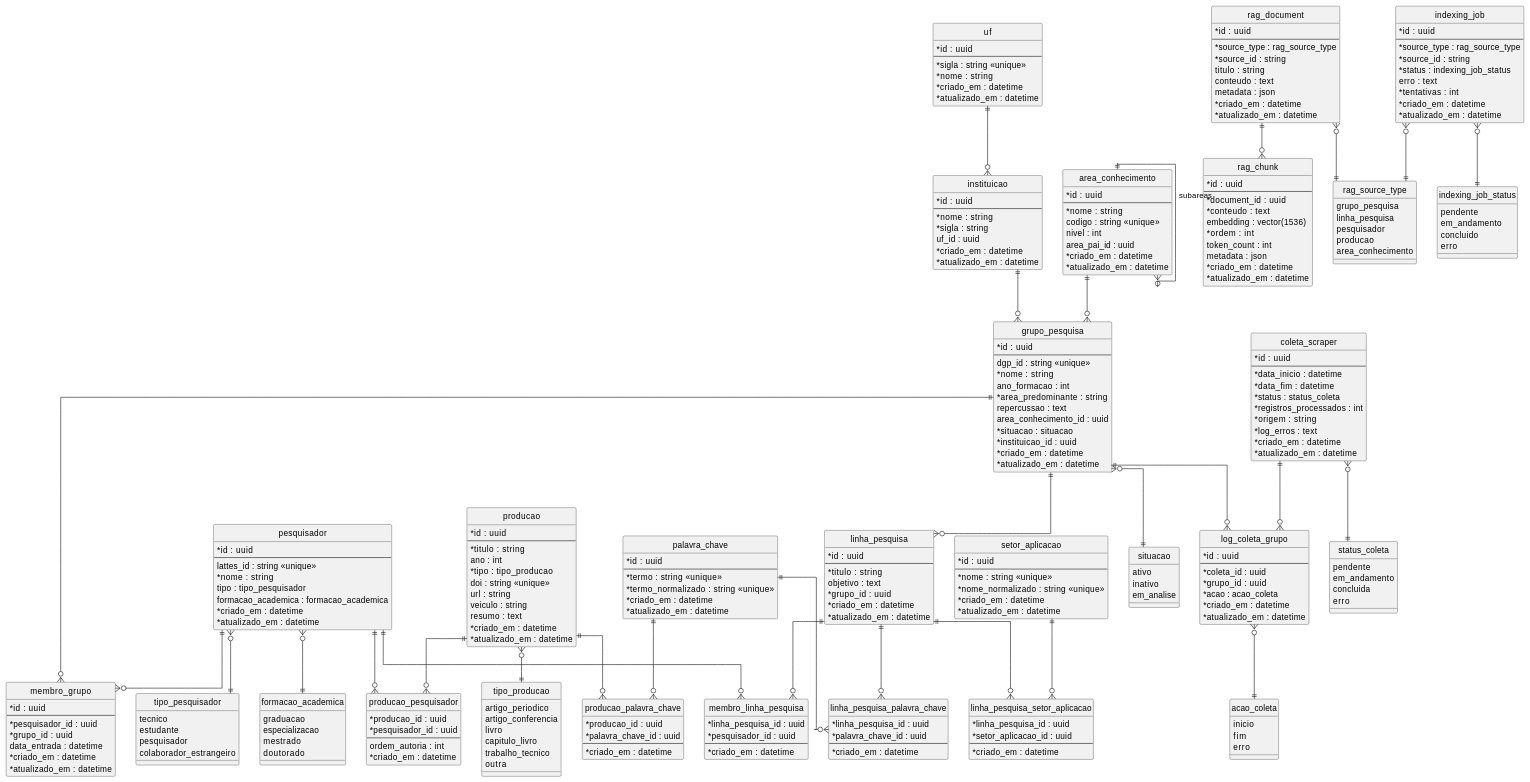
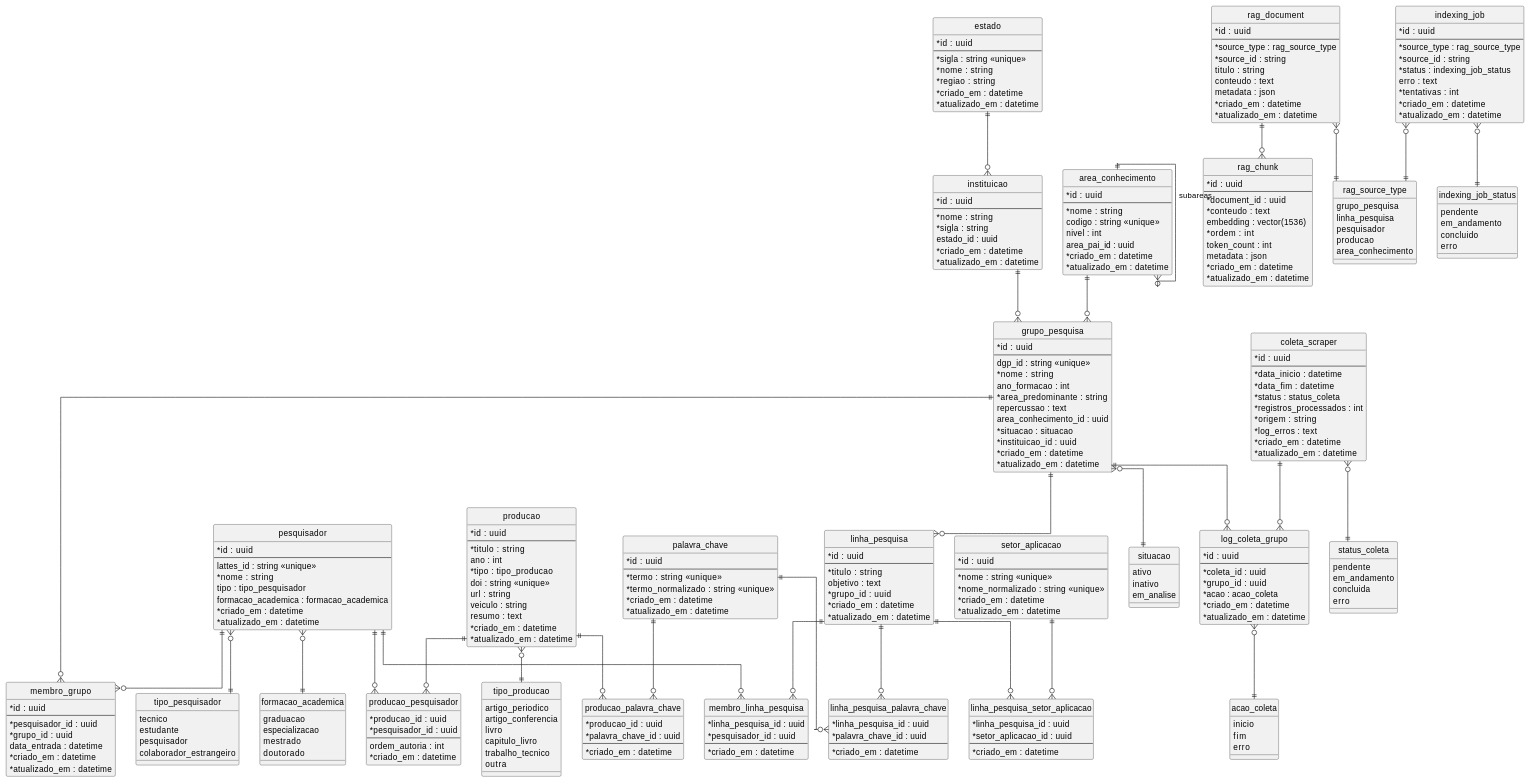
Before and after one commit to VerttB/oda: the diagram in docs/modelagem_DER.md, drawn with PlantUML. The commit also changed 28 other files, not shown here.

```diff
--- a/docs/modelagem_DER.md
+++ b/docs/modelagem_DER.md
@@ -8,11 +8,12 @@
 skinparam linetype ortho
 skinparam classAttributeIconSize 0
 
-entity "uf" as Uf {
+entity "estado" as Estado {
   * id : uuid
   --
   * sigla : string <<unique>>
   * nome : string
+  * regiao : string
   * criado_em : datetime
   * atualizado_em : datetime
 }
@@ -22,7 +23,7 @@
   --
   * nome : string
   * sigla : string
-  uf_id : uuid
+  estado_id : uuid
   * criado_em : datetime
   * atualizado_em : datetime
 }
@@ -269,7 +270,7 @@
   erro
 }
 
-Uf ||--o{ Instituicao
+Estado ||--o{ Instituicao
 Instituicao ||--o{ GrupoPesquisa
 AreaConhecimento ||--o{ GrupoPesquisa
 AreaConhecimento ||--o{ AreaConhecimento : subareas
```
